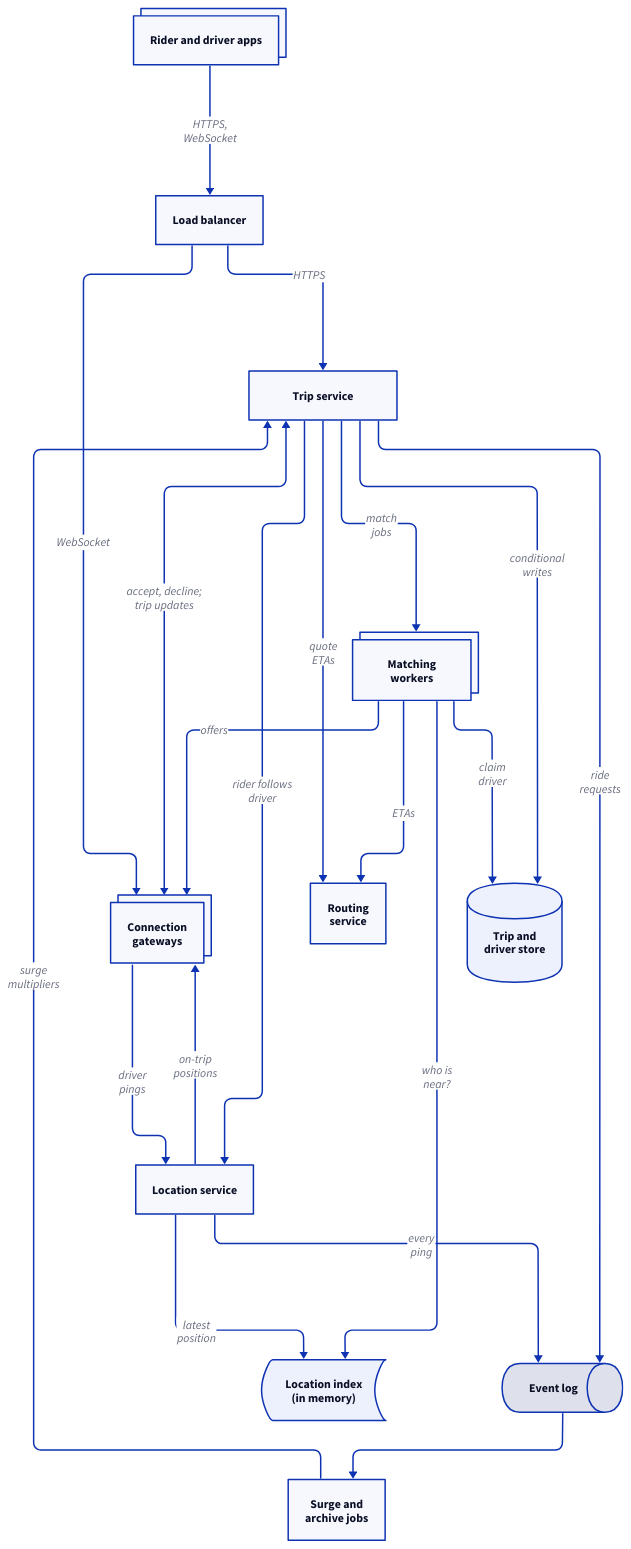
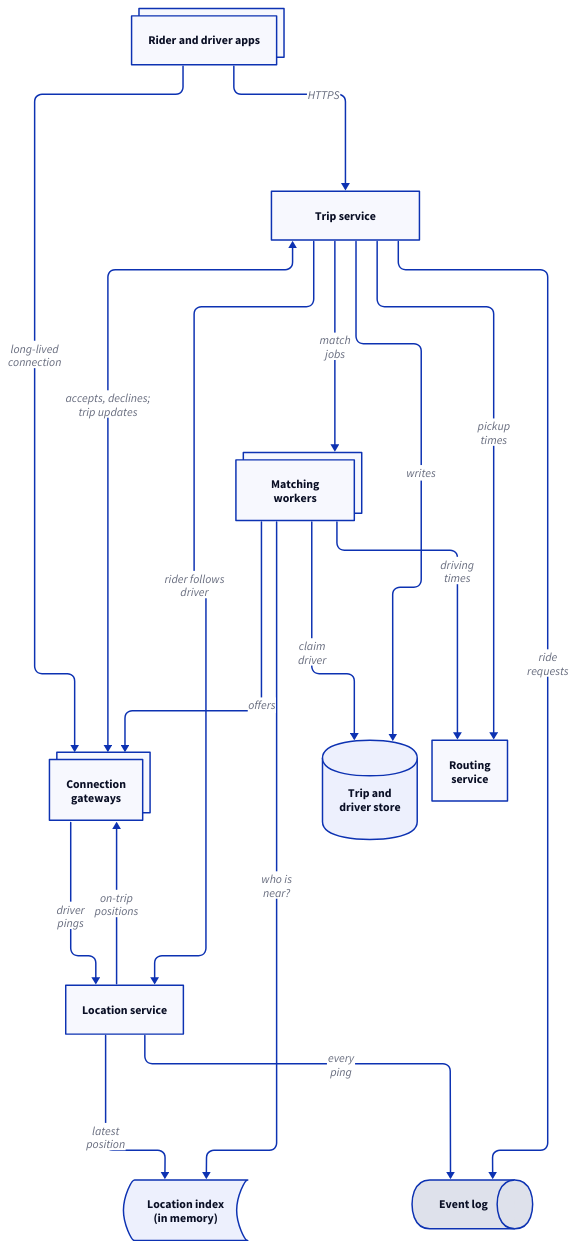
Before and after one commit to enbattle/til: the diagram in src/system-design/diagrams/ride-sharing/architecture.d2, drawn with D2. The commit also changed 23 other files, not shown here.

```diff
--- a/src/system-design/diagrams/ride-sharing/architecture.d2
+++ b/src/system-design/diagrams/ride-sharing/architecture.d2
@@ -1,58 +1,53 @@
 # High-level architecture of the ride-sharing service. Driver pings flow
 # through the gateways to the location service, which keeps the latest
 # position in the in-memory index and appends every ping to the event log,
-# which also carries the trip service's ride requests for the surge job. The
-# trip service tells the location service which rider follows which driver.
-# Rides go through the trip service; matching workers find, rank and claim
-# drivers and send offers through the gateways. Arrows point from the side
-# that starts the call or sends the data.
+# which also carries the trip service's ride requests. The trip service
+# tells the location service which rider follows which driver. Rides go
+# through the trip service; matching workers find, rank and claim drivers
+# and send offers through the gateways. Arrows point from the side that
+# starts the call or sends the data.
 direction: down
 vars: {
   d2-config: {
     layout-engine: elk
   }
 }
 
 apps: Rider and driver apps {
   style.multiple: true
 }
-lb: Load balancer
 gw: "Connection\ngateways" {
   style.multiple: true
 }
 loc: Location service
 index: "Location index\n(in memory)" {
   shape: stored_data
 }
 log: "Event log" {
   shape: queue
 }
-jobs: "Surge and\narchive jobs"
 trip: Trip service
 match: "Matching\nworkers" {
   style.multiple: true
 }
 routing: "Routing\nservice"
 store: "Trip and\ndriver store" {
   shape: cylinder
 }
 
-apps -> lb: "HTTPS,\nWebSocket"
-lb -> gw: "WebSocket"
-lb -> trip: "HTTPS"
+apps -> gw: "long-lived\nconnection"
+apps -> trip: "HTTPS"
 gw -> loc: "driver\npings"
 loc -> index: "latest\nposition"
 loc -> log: "every\nping"
 loc -> gw: "on-trip\npositions"
-log -> jobs
-jobs -> trip: "surge\nmultipliers"
-gw <-> trip: "accept, decline;\ntrip updates"
-trip -> store: "conditional\nwrites"
+gw <-> trip: "accepts, declines;\ntrip updates"
+trip -> store: "writes"
 trip -> match: "match\njobs"
-trip -> routing: "quote\nETAs"
+trip -> routing: "pickup\ntimes"
 trip -> loc: "rider follows\ndriver"
 trip -> log: "ride\nrequests"
 match -> index: "who is\nnear?"
-match -> routing: "ETAs"
+match -> routing: "driving\ntimes"
 match -> store: "claim\ndriver"
 match -> gw: "offers"
```
